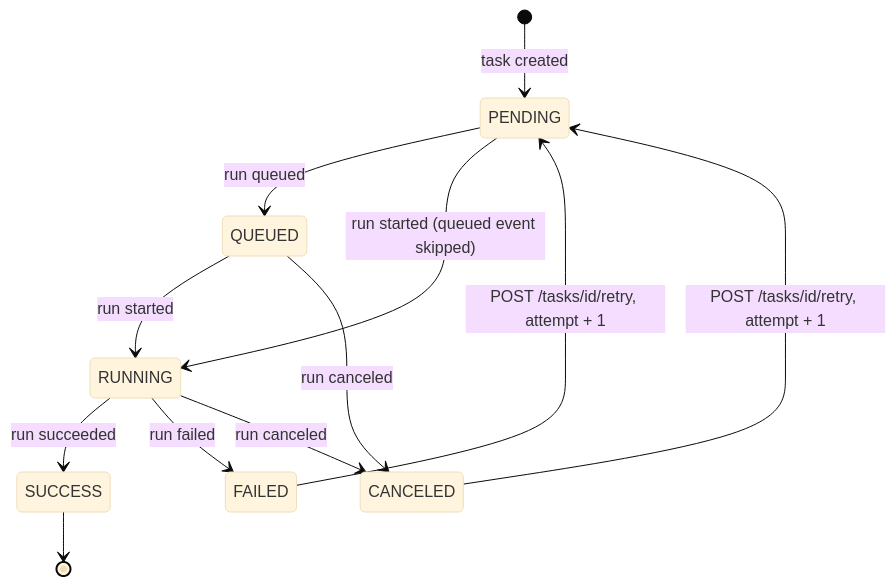
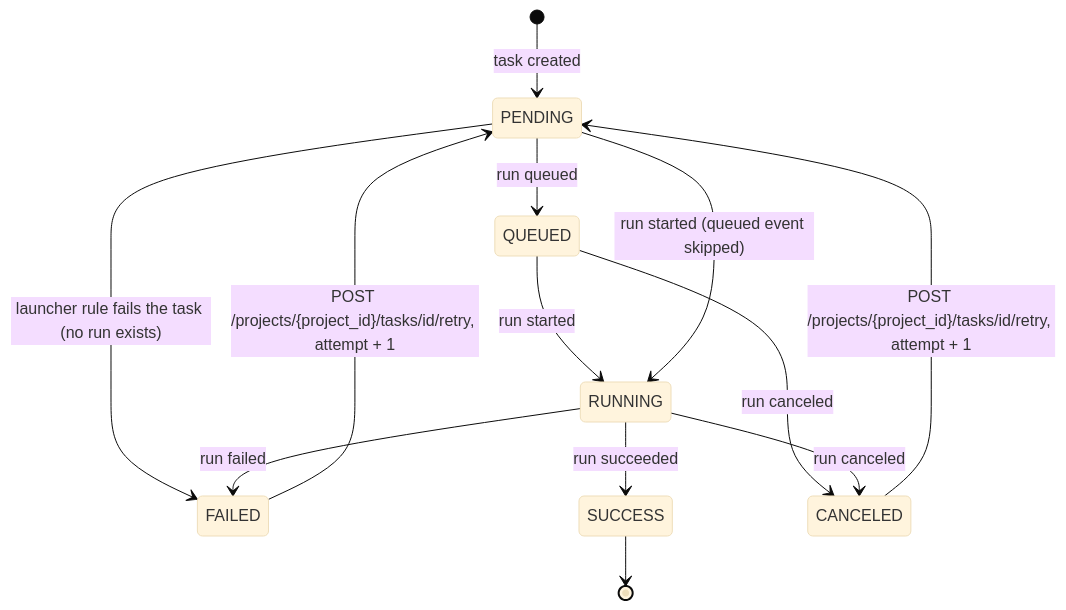
One commit to Aridhia-Open-Source/PHEMS_federated_node changed the fourth of 5 diagrams in docs/architecture/entities.md. Above: the diagram before and after it, drawn with Mermaid (base theme). The commit also changed other lines of this file and 406 other files, not shown here.

````diff
--- a/docs/architecture/entities.md
+++ b/docs/architecture/entities.md
@@ -203,14 +271,15 @@
 ```mermaid
 stateDiagram-v2
     [*] --> PENDING : task created
     PENDING --> QUEUED : run queued
     QUEUED --> RUNNING : run started
     PENDING --> RUNNING : run started (queued event skipped)
+    PENDING --> FAILED : launcher rule fails the task (no run exists)
     RUNNING --> SUCCESS : run succeeded
     RUNNING --> FAILED : run failed
     QUEUED --> CANCELED : run canceled
     RUNNING --> CANCELED : run canceled
-    FAILED --> PENDING : POST /tasks/id/retry, attempt + 1
-    CANCELED --> PENDING : POST /tasks/id/retry, attempt + 1
+    FAILED --> PENDING : POST /projects/{project_id}/tasks/id/retry, attempt + 1
+    CANCELED --> PENDING : POST /projects/{project_id}/tasks/id/retry, attempt + 1
     SUCCESS --> [*]
 ```
````
